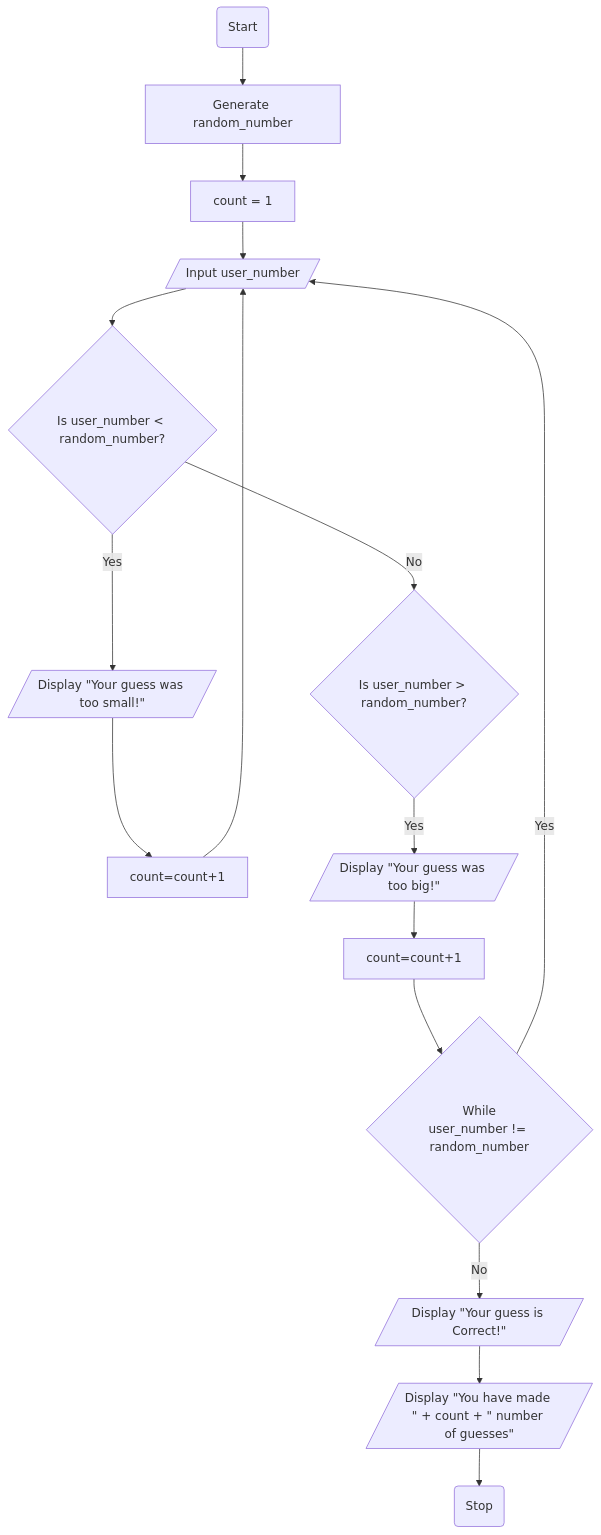
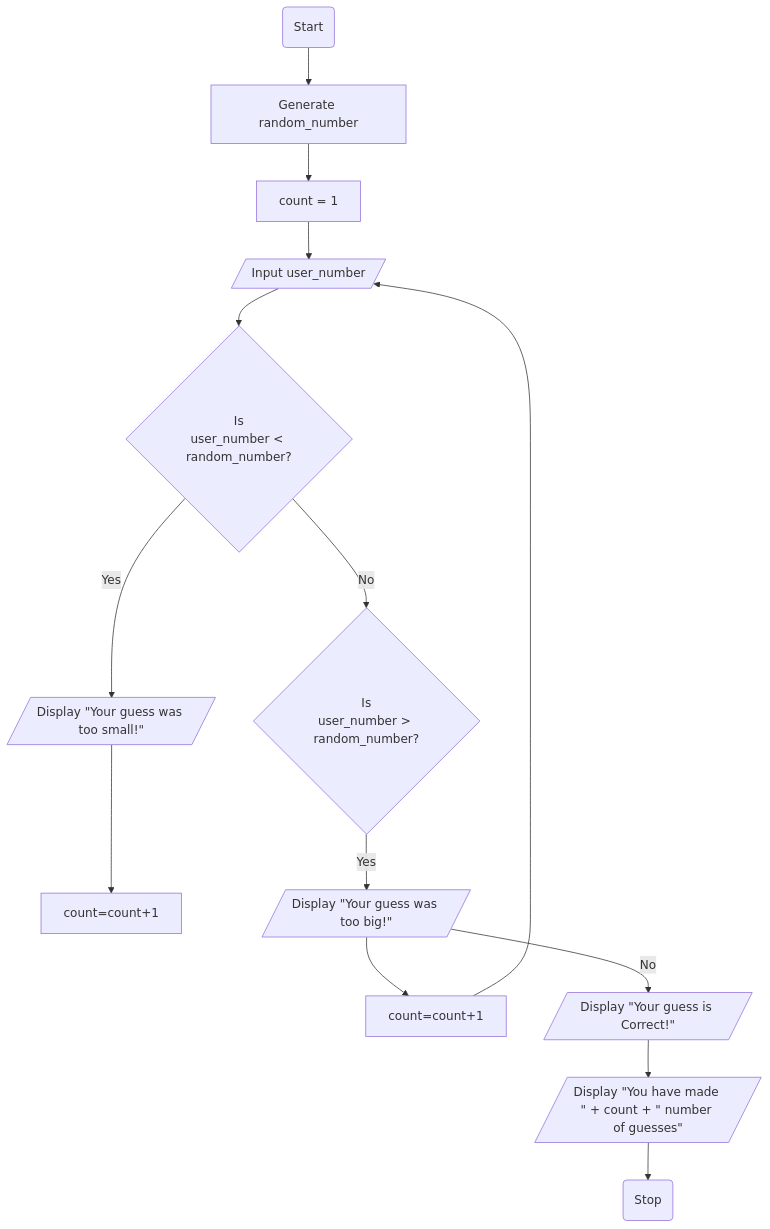
One commit to jayani-athukorala/java-fundamentals-exercise changed the eighth of 8 diagrams in README.md. Above: the diagram before and after it, drawn with Mermaid. The commit also changed other lines of this file, not shown here.

Commit message:
modification to Q8

````diff
--- a/README.md
+++ b/README.md
@@ -229,18 +229,16 @@
 ```mermaid
 flowchart TD
     A(Start) --> B[Generate random_number]
     B --> C[count = 1]
     C --> D[/Input user_number/]
-    D --> E{Is user_number < random_number?}
+    D --> E{Is<br>user_number < random_number?}
     E -- Yes --> F[/Display "Your guess was too small!"/]
     F --> G[count=count+1]
-    G --> D
-    E -- No --> H{Is user_number > random_number?}
+    E -- No --> H{Is<br>user_number > random_number?}
     H -- Yes --> I[/Display "Your guess was too big!"/]
     I --> J[count=count+1]
-    J --> K{While<br>user_number != random_number}
-    K -- Yes --> D
-    K -- No --> L[/Display "Your guess is Correct!"/]
-    L --> M[/Display "You have made " + count + " number of guesses"/]
-    M --> N(Stop)
+    J --> D
+    I -- No --> K[/Display "Your guess is Correct!"/]
+    K --> L[/Display "You have made " + count + " number of guesses"/]
+    L --> M(Stop)
 ```
````
